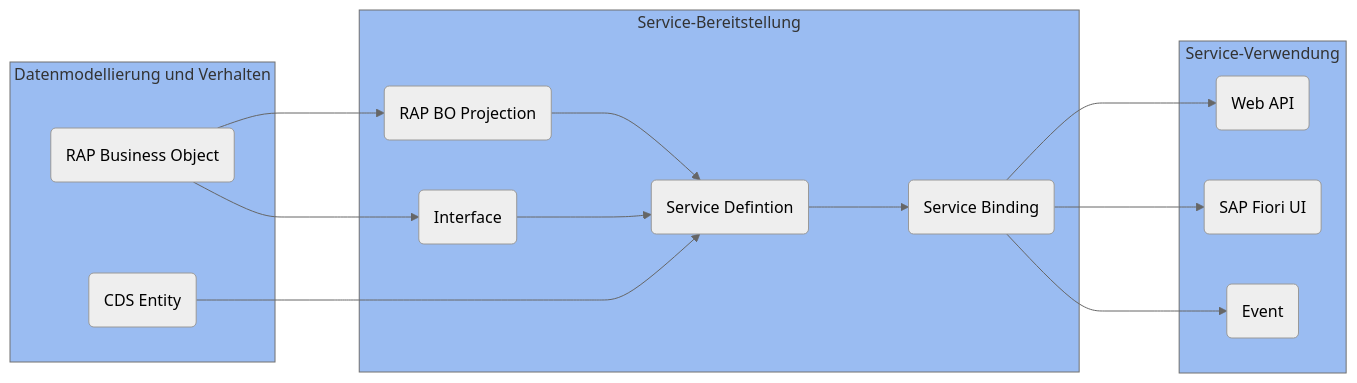
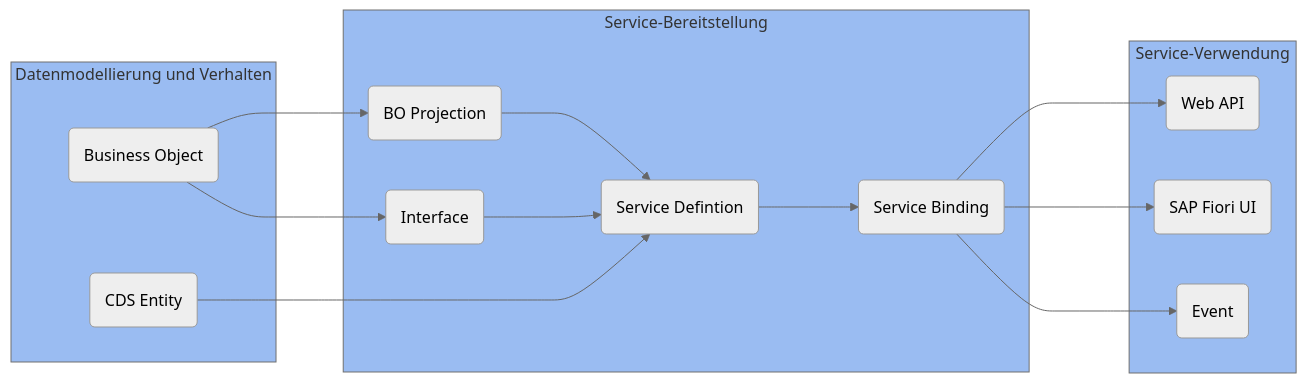
Before and after one commit to appenmaier/s4hana: the first of 2 diagrams in docs/documentation/rap.md, drawn with Mermaid (neutral theme). The commit also changed other lines of this file and 5 other files, not shown here.

````diff
--- a/docs/documentation/rap.md
+++ b/docs/documentation/rap.md
@@ -31,34 +31,34 @@
 ```mermaid
 flowchart LR
     binding ---> api
     binding ---> ui
     binding ---> event
     definition ---> binding
     projection ---> definition
     interface ---> definition
     bo ---> projection
     bo ---> interface
     entity --> definition
 
     subgraph Service-Verwendung
         ui(SAP Fiori UI)
         api(Web API)
         event(Event)
     end
 
     subgraph Service-Bereitstellung
         binding(Service Binding)
         definition(Service Defintion)
-        projection(RAP BO Projection)
+        projection(BO Projection)
         interface(Interface)
     end
 
     subgraph Datenmodellierung&#160und&#160Verhalten
-        bo(RAP Business Object)
+        bo(Business Object)
         entity(CDS Entity)
     end
 
     style Datenmodellierung&#160und&#160Verhalten fill:#9abcf2
     style Service-Bereitstellung fill:#9abcf2
     style Service-Verwendung fill:#9abcf2
 ```
````
